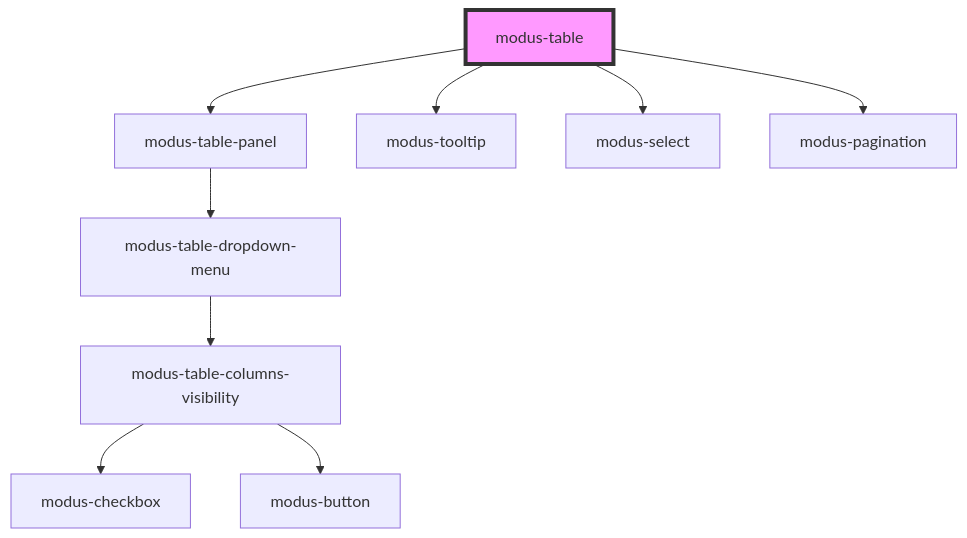
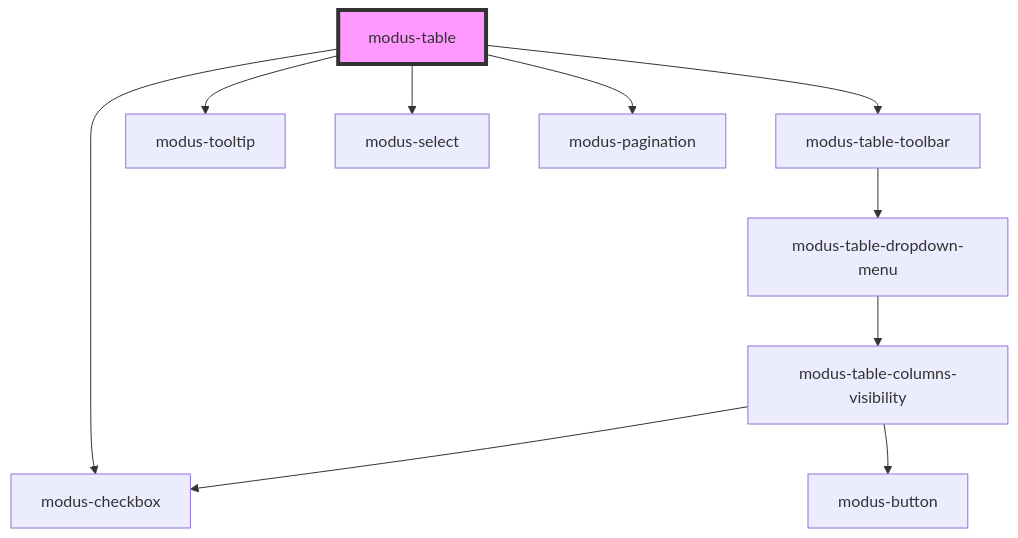
Before and after one commit to trimble-oss/modus-web-components: the diagram in stencil-workspace/src/components/modus-table/readme.md, drawn with Mermaid. The commit also changed other lines of this file and 42 other files, not shown here.

````diff
--- a/stencil-workspace/src/components/modus-table/readme.md
+++ b/stencil-workspace/src/components/modus-table/readme.md
@@ -81,12 +85,13 @@
 ```mermaid
 graph TD;
-  modus-table --> modus-table-panel
+  modus-table --> modus-checkbox
+  modus-table --> modus-table-toolbar
   modus-table --> modus-tooltip
   modus-table --> modus-select
   modus-table --> modus-pagination
-  modus-table-panel --> modus-table-dropdown-menu
+  modus-table-toolbar --> modus-table-dropdown-menu
   modus-table-dropdown-menu --> modus-table-columns-visibility
   modus-table-columns-visibility --> modus-checkbox
   modus-table-columns-visibility --> modus-button
   style modus-table fill:#f9f,stroke:#333,stroke-width:4px
 ```
````
